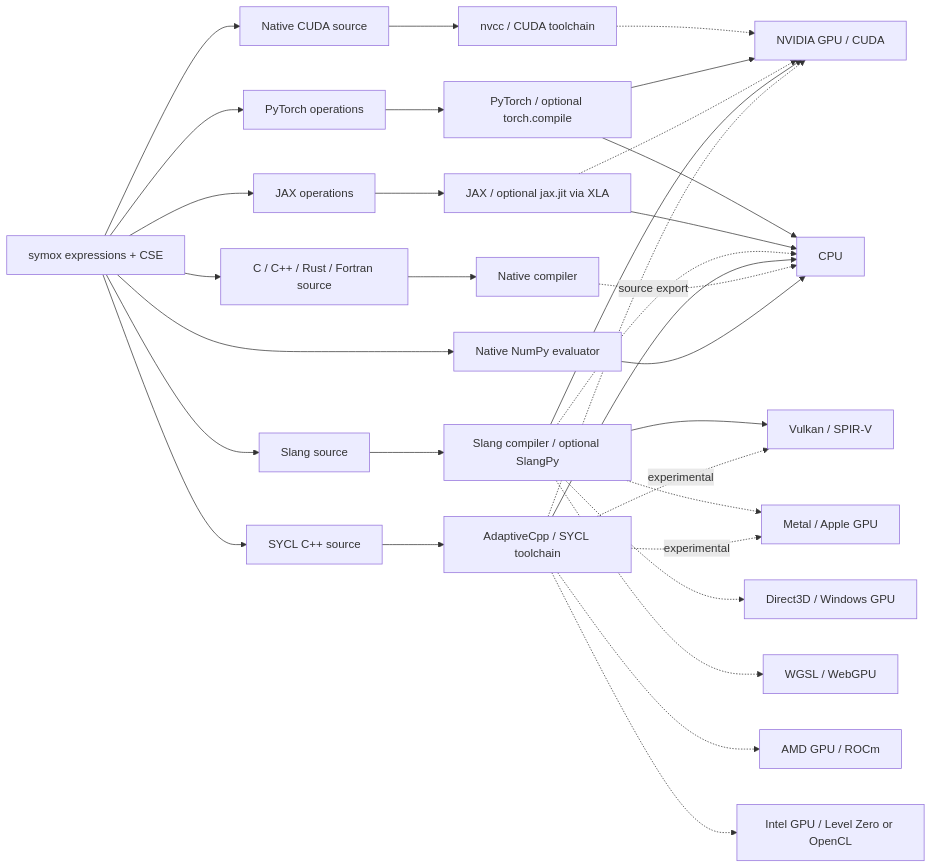
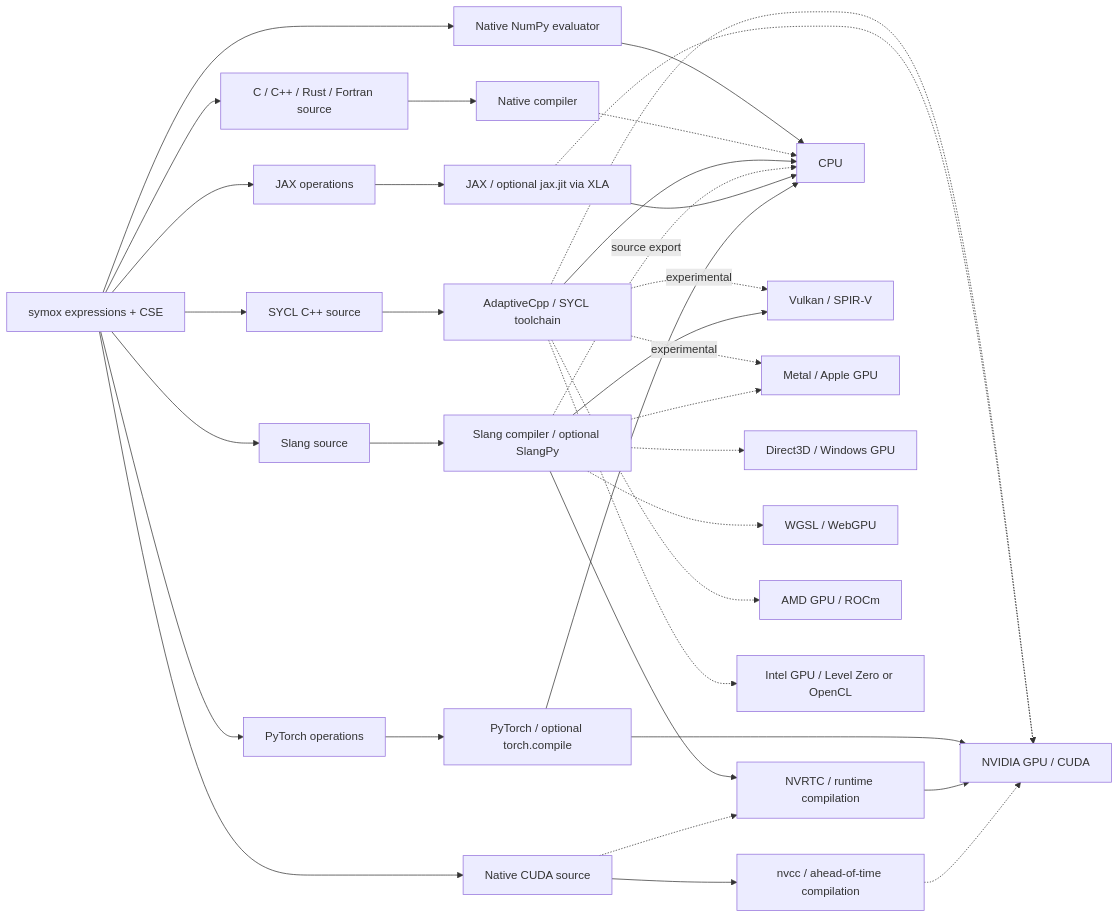
One commit to keckj/symox changed the diagram in README.md. Above: the diagram before and after it, drawn with Mermaid. The commit also changed other lines of this file and 22 other files, not shown here.

````diff
--- a/README.md
+++ b/README.md
@@ -109,37 +112,39 @@
 ```mermaid
 flowchart LR
     E["symox expressions + CSE"] --> N["Native CUDA source"]
-    N --> NV["nvcc / CUDA toolchain"] -.-> CU["NVIDIA GPU / CUDA"]
+    N --> NV["nvcc / ahead-of-time compilation"] -.-> CU["NVIDIA GPU / CUDA"]
+    N -.-> RTC["NVRTC / runtime compilation"]
+    RTC --> CU
 
     E --> P["PyTorch operations"]
     P --> PT["PyTorch / optional torch.compile"]
     PT --> CU
     PT --> CPU["CPU"]
 
     E --> J["JAX operations"]
     J --> X["JAX / optional jax.jit via XLA"]
     X -.-> CU
     X --> CPU
 
     E --> S["Slang source"]
     S --> SC["Slang compiler / optional SlangPy"]
-    SC --> CU
+    SC --> RTC
     SC --> V["Vulkan / SPIR-V"]
     SC -.-> M["Metal / Apple GPU"]
     SC -.-> D["Direct3D / Windows GPU"]
     SC -.-> W["WGSL / WebGPU"]
     SC -.->|source export| CPU
 
     E --> Y["SYCL C++ source"]
     Y --> A["AdaptiveCpp / SYCL toolchain"]
     A --> CPU
     A -.-> CU
     A -.-> AMD["AMD GPU / ROCm"]
     A -.-> INTEL["Intel GPU / Level Zero or OpenCL"]
     A -.->|experimental| M
     A -.->|experimental| V
 
     E --> C["C / C++ / Rust / Fortran source"]
     C --> CC["Native compiler"] -.-> CPU
     E --> NP["Native NumPy evaluator"] --> CPU
 ```
````
